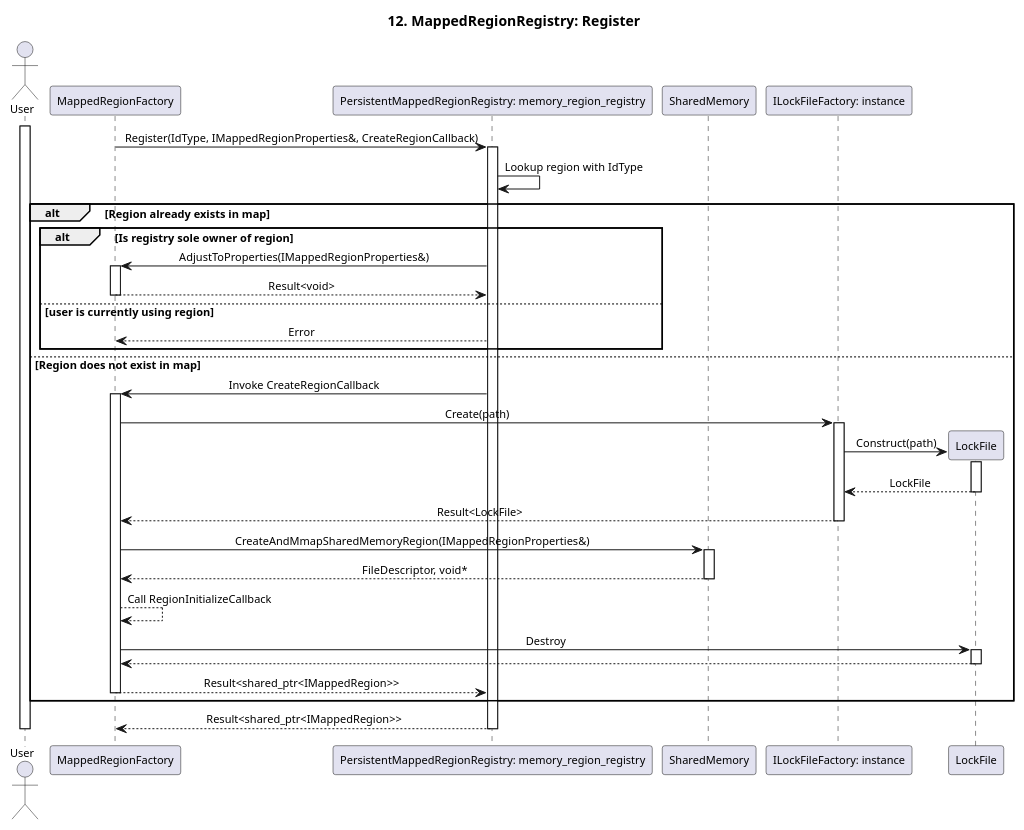
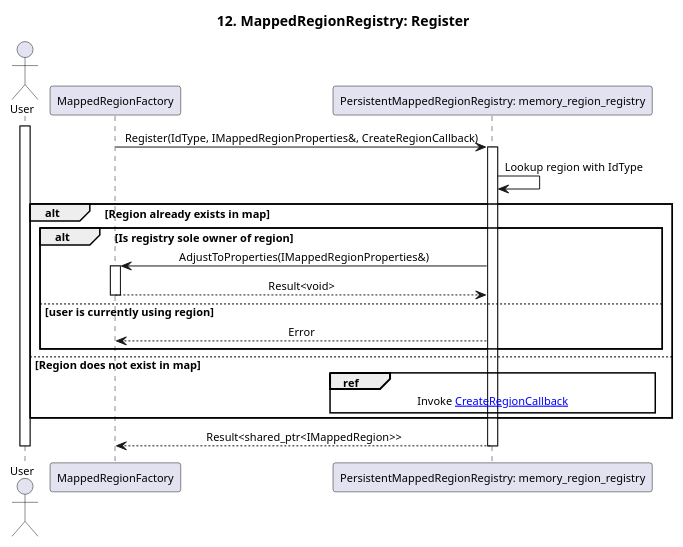
The diagram in score/memory/shared/design/redesign_proposal/assets/seq_12_persistent_mapped_region_registry_register.puml (eclipse-score/communication), drawn with PlantUML before and after one commit. The commit also changed 5 other files, not shown here.

Commit message:
Introduced PosixNamedMappedRegion creation sequence and added refs to it.

```diff
--- a/score/memory/shared/design/redesign_proposal/assets/seq_12_persistent_mapped_region_registry_register.puml
+++ b/score/memory/shared/design/redesign_proposal/assets/seq_12_persistent_mapped_region_registry_register.puml
@@ -1,76 +1,44 @@
 @startuml seq_12_mapped_region_registry_register
 title 12. MappedRegionRegistry: Register
 skinparam defaultFontSize 11
 skinparam sequenceMessageAlign center
 
 actor "User" as User
 participant "MappedRegionFactory" as memory_region_factory
 participant "PersistentMappedRegionRegistry: memory_region_registry" as persistent_memory_region_registry
-participant "SharedMemory" as shared_memory
-participant "ILockFileFactory: instance" as i_lock_file_factory
-participant "LockFile" as lock_file
 
 activate User
 
 memory_region_factory -> persistent_memory_region_registry : Register(IdType, IMappedRegionProperties&, CreateRegionCallback)
 activate persistent_memory_region_registry
 
 persistent_memory_region_registry -> persistent_memory_region_registry : Lookup region with IdType
 
 alt Region already exists in map
 
     alt Is registry sole owner of region
         persistent_memory_region_registry -> memory_region_factory : AdjustToProperties(IMappedRegionProperties&)
         activate memory_region_factory
 
         memory_region_factory --> persistent_memory_region_registry : Result<void>
         deactivate memory_region_factory
         
     else user is currently using region
         persistent_memory_region_registry --> memory_region_factory : Error
     end
 
 else Region does not exist in map
-    persistent_memory_region_registry -> memory_region_factory : Invoke CreateRegionCallback
-    activate memory_region_factory
 
-    memory_region_factory -> i_lock_file_factory : Create(path)
-    activate i_lock_file_factory
+    ref over persistent_memory_region_registry
+        Invoke [[./seq_17_posix_named_mapped_region_create_callback.puml CreateRegionCallback]]
+    end ref
 
-    Create lock_file
-    i_lock_file_factory -> lock_file : Construct(path)
-    activate lock_file
-
-    lock_file --> i_lock_file_factory : LockFile
-    deactivate lock_file
-
-    i_lock_file_factory --> memory_region_factory : Result<LockFile>
-    deactivate i_lock_file_factory
-
-    memory_region_factory -> shared_memory : CreateAndMmapSharedMemoryRegion(IMappedRegionProperties&)
-    activate shared_memory
-
-    shared_memory --> memory_region_factory : FileDescriptor, void*
-    deactivate shared_memory
-
-    memory_region_factory --> memory_region_factory : Call RegionInitializeCallback
-    
-    memory_region_factory -> lock_file : Destroy
-    activate lock_file
-
-    lock_file --> memory_region_factory
-    deactivate lock_file
-
-    memory_region_factory --> persistent_memory_region_registry : Result<shared_ptr<IMappedRegion>>
-    deactivate memory_region_factory
-
-    ' persistent_memory_region_registry -> memory_region_factory : Pass FileDescriptor, void*
 end
 
 persistent_memory_region_registry --> memory_region_factory : Result<shared_ptr<IMappedRegion>>
 deactivate persistent_memory_region_registry
 
 deactivate memory_region_factory
 deactivate User
 
 @enduml
```
